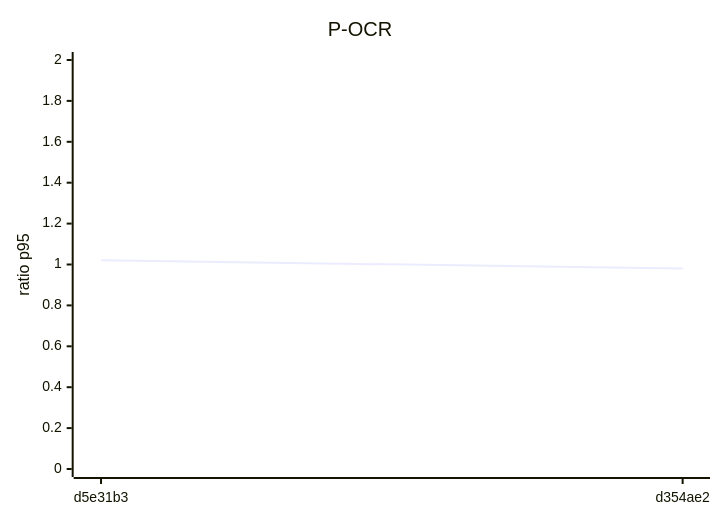
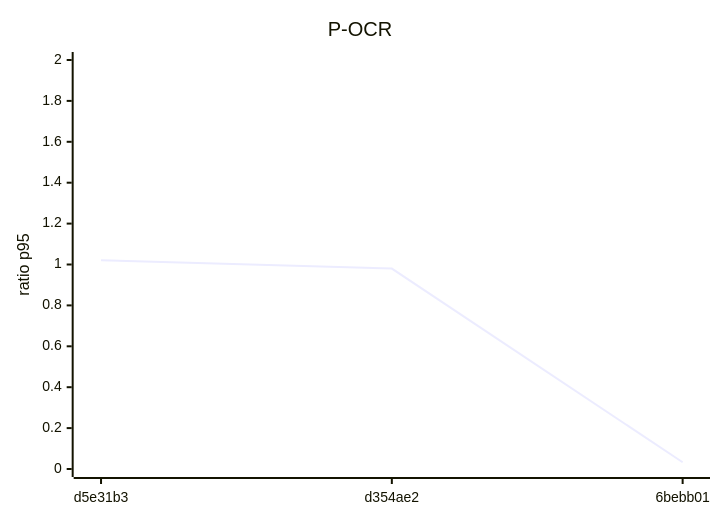
Before and after one commit to mtromane/expense-io: the sixth of 8 diagrams in docs/perf/trend.md, drawn with Mermaid. The commit also changed other lines of this file and 1 other file, not shown here.

Commit message:
perf: mesure de 6bebb01

````diff
--- a/docs/perf/trend.md
+++ b/docs/perf/trend.md
@@ -56,7 +56,7 @@
 ```mermaid
 xychart-beta
   title "P-OCR"
-  x-axis ["d5e31b3", "d354ae2"]
+  x-axis ["d5e31b3", "d354ae2", "6bebb01"]
   y-axis "ratio p95" 0 --> 2
-  line [1.021, 0.98]
+  line [1.021, 0.98, 0.033]
 ```
````
